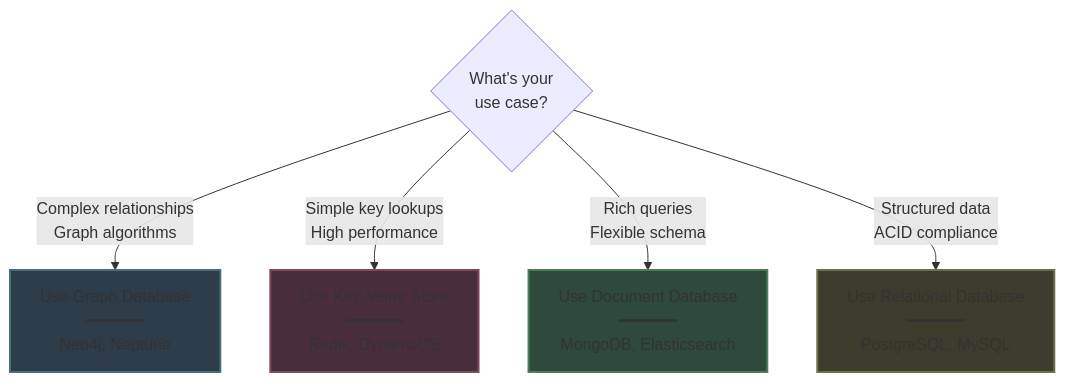
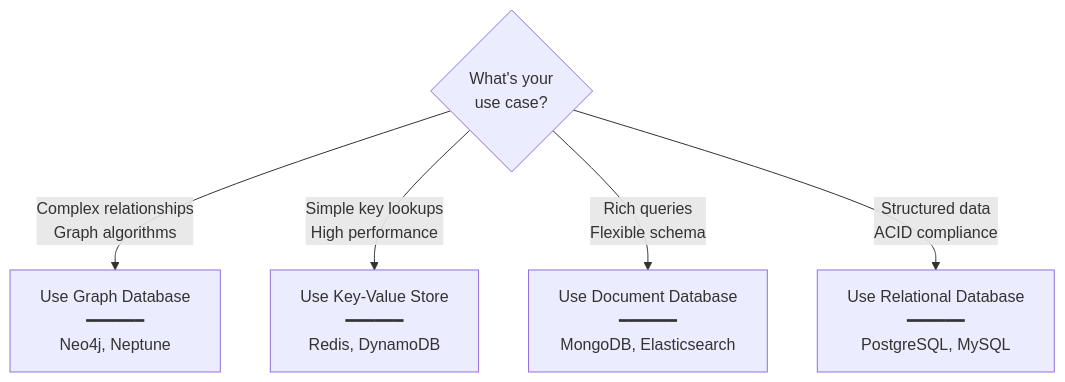
Diagram 16 of 16 in system design beginner/9. Non-Relational Databases.md (Yash-Kavaiya/The-System-Design-Masterclass), drawn with Mermaid before and after one commit. The commit also changed other lines of this file, not shown here.

````diff
--- a/system design beginner/9. Non-Relational Databases.md
+++ b/system design beginner/9. Non-Relational Databases.md
@@ -800,17 +745,13 @@
 ```mermaid
 graph TD
     START{What's your<br/>use case?}
     
     START -->|Complex relationships<br/>Graph algorithms| GRAPH[Use Graph Database<br/>━━━━━━<br/>Neo4j, Neptune]
     
     START -->|Simple key lookups<br/>High performance| KV[Use Key-Value Store<br/>━━━━━━<br/>Redis, DynamoDB]
     
     START -->|Rich queries<br/>Flexible schema| DOC[Use Document Database<br/>━━━━━━<br/>MongoDB, Elasticsearch]
     
     START -->|Structured data<br/>ACID compliance| REL[Use Relational Database<br/>━━━━━━<br/>PostgreSQL, MySQL]
-    
-    style GRAPH fill:#2d3d4a,stroke:#4a6d7c,stroke-width:2px
-    style KV fill:#4a2d3c,stroke:#7c4a5c,stroke-width:2px
-    style DOC fill:#2d4a3c,stroke:#4a7c5c,stroke-width:2px
-    style REL fill:#3d3d2d,stroke:#6d6d4a,stroke-width:2px
+
 ```
````
